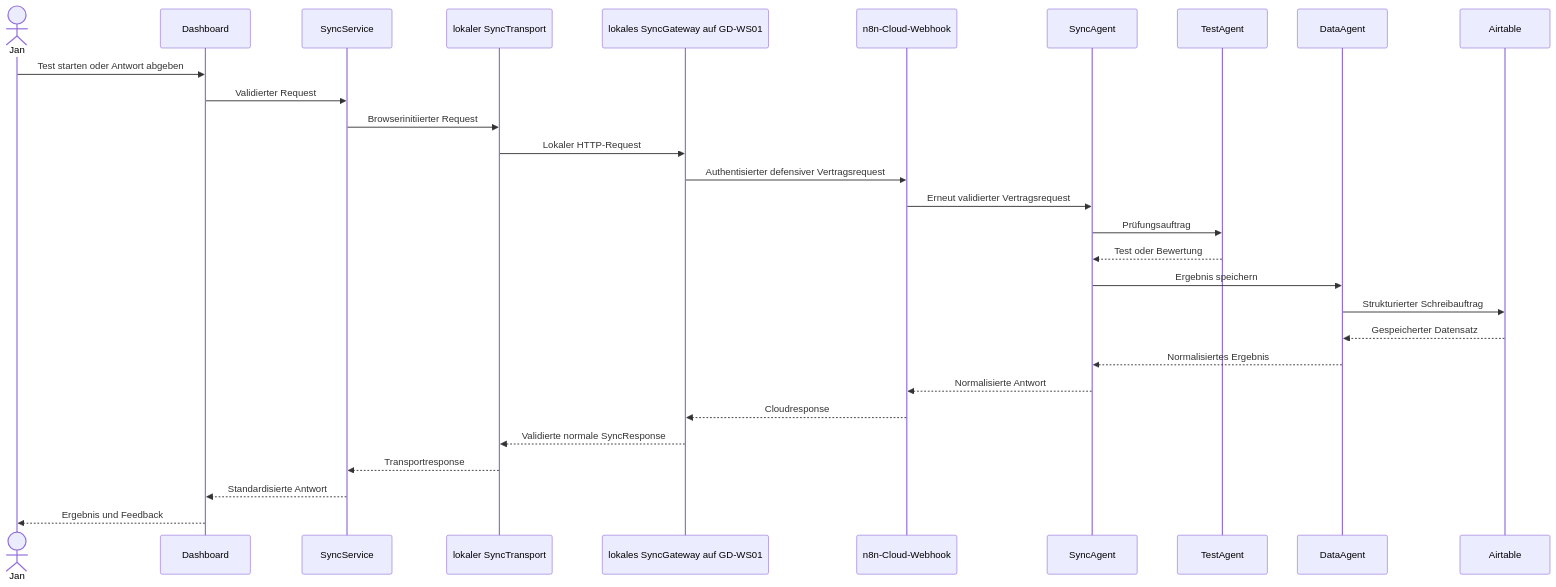
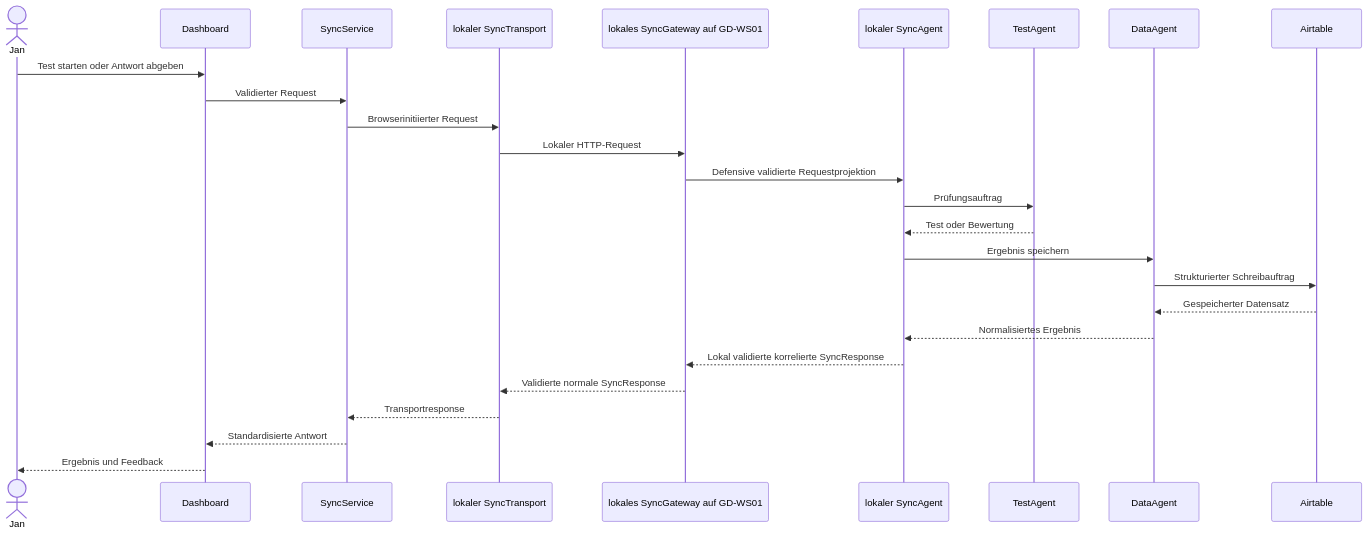
One commit to Varudan/goldendawn-os changed the second of 2 diagrams in docs/architecture.md. Above: the diagram before and after it, drawn with Mermaid. The commit also changed other lines of this file and 10 other files, not shown here.

````diff
--- a/docs/architecture.md
+++ b/docs/architecture.md
@@ -2007,32 +2152,29 @@
 ```mermaid
 sequenceDiagram
     actor User as Jan
     participant UI as Dashboard
     participant Service as SyncService
     participant Transport as lokaler SyncTransport
     participant Gateway as lokales SyncGateway auf GD-WS01
-    participant Cloud as n8n-Cloud-Webhook
-    participant Sync as SyncAgent
+    participant Sync as lokaler SyncAgent
     participant Test as TestAgent
     participant Data as DataAgent
     participant DB as Airtable
 
     User->>UI: Test starten oder Antwort abgeben
     UI->>Service: Validierter Request
     Service->>Transport: Browserinitiierter Request
     Transport->>Gateway: Lokaler HTTP-Request
-    Gateway->>Cloud: Authentisierter defensiver Vertragsrequest
-    Cloud->>Sync: Erneut validierter Vertragsrequest
+    Gateway->>Sync: Defensive validierte Requestprojektion
     Sync->>Test: Prüfungsauftrag
     Test-->>Sync: Test oder Bewertung
     Sync->>Data: Ergebnis speichern
     Data->>DB: Strukturierter Schreibauftrag
     DB-->>Data: Gespeicherter Datensatz
     Data-->>Sync: Normalisiertes Ergebnis
-    Sync-->>Cloud: Normalisierte Antwort
-    Cloud-->>Gateway: Cloudresponse
+    Sync-->>Gateway: Lokal validierte korrelierte SyncResponse
     Gateway-->>Transport: Validierte normale SyncResponse
     Transport-->>Service: Transportresponse
     Service-->>UI: Standardisierte Antwort
     UI-->>User: Ergebnis und Feedback
 ```
````
